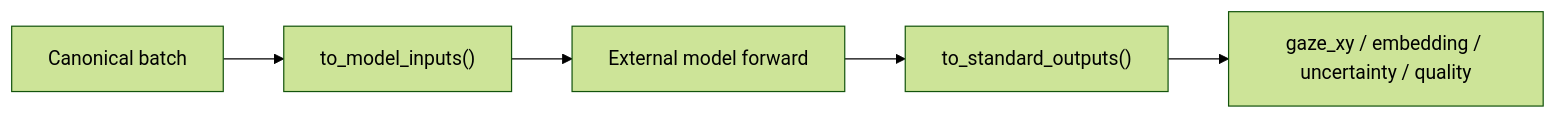
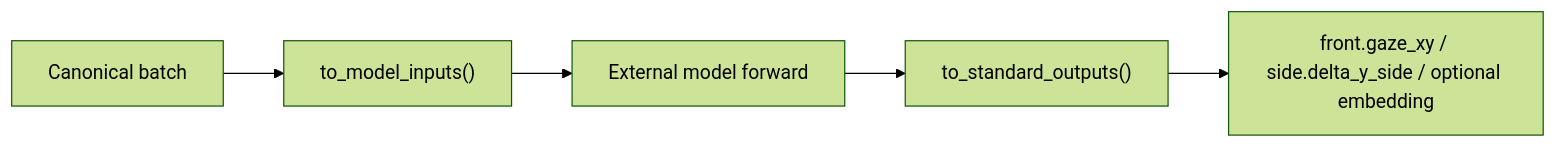
One commit to ggulNote/eye-tracking-ml changed the second of 3 diagrams in docs/architecture.md. Above: the diagram before and after it, drawn with Mermaid (forest theme). The commit also changed other lines of this file and 42 other files, not shown here.

````diff
--- a/docs/architecture.md
+++ b/docs/architecture.md
@@ -156,7 +156,7 @@
 ```mermaid
 flowchart LR
     B["Canonical batch"] --> I["to_model_inputs()"]
     I --> X["External model forward"]
     X --> O["to_standard_outputs()"]
-    O --> Z["gaze_xy / embedding / uncertainty / quality"]
+    O --> Z["front.gaze_xy / side.delta_y_side / optional embedding"]
 ```
````
